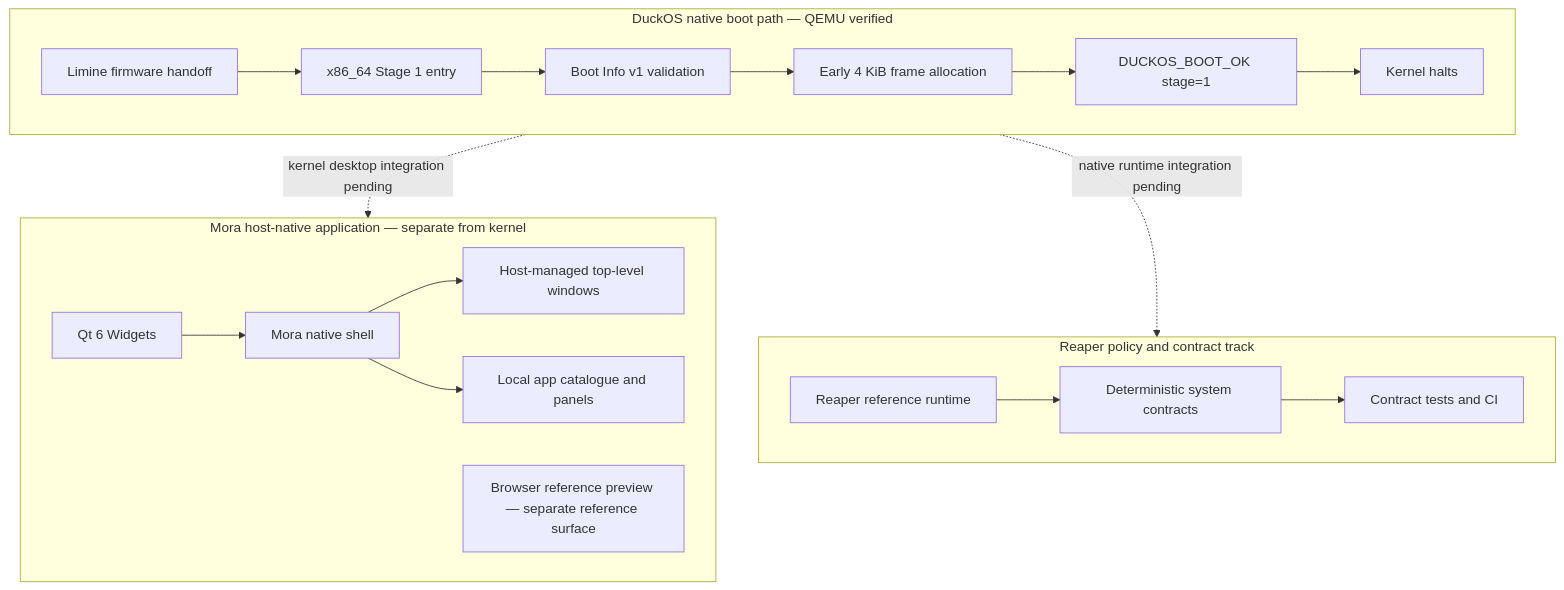
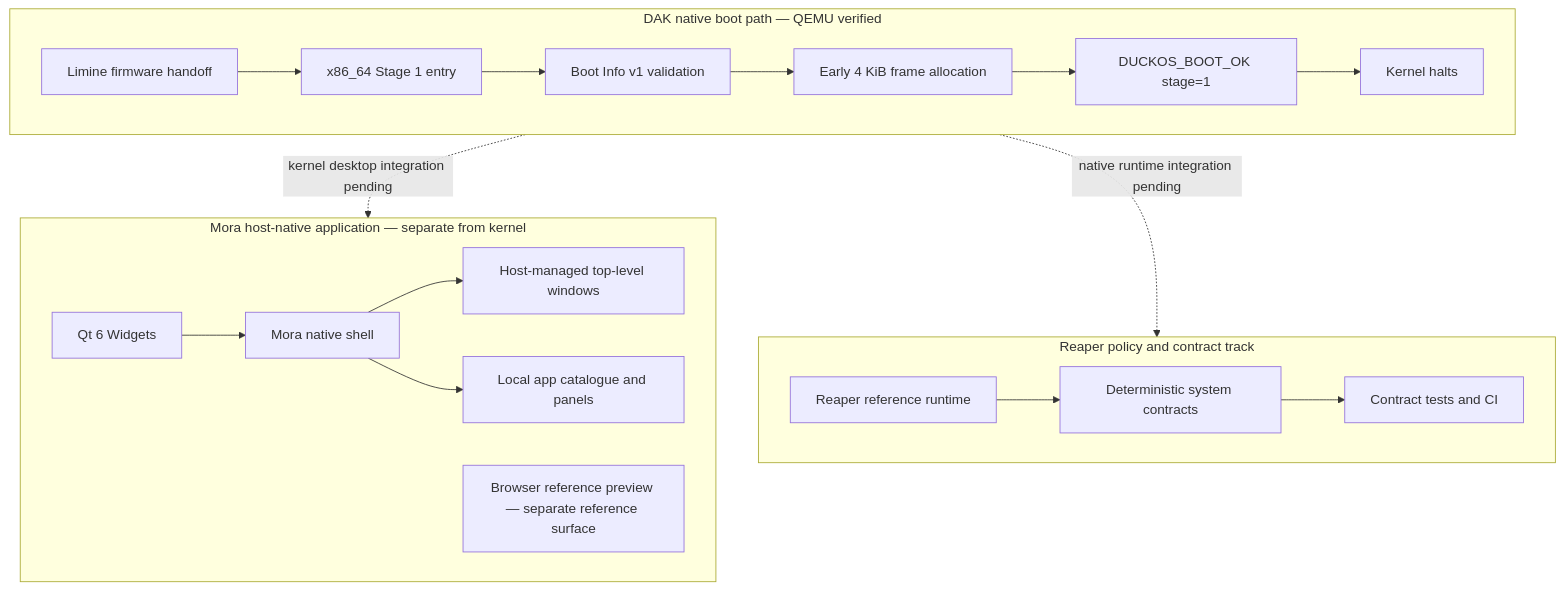
One commit to Ivan-VHS/DAK changed the diagram in README.md. Above: the diagram before and after it, drawn with Mermaid. The commit also changed other lines of this file, not shown here.

Commit message:
docs: link the DAK project maturity ladder

````diff
--- a/README.md
+++ b/README.md
@@ -26,25 +26,25 @@
 ```mermaid
 flowchart TB
-  subgraph BOOT["DuckOS native boot path — QEMU verified"]
+  subgraph BOOT["DAK native boot path — QEMU verified"]
     L["Limine firmware handoff"] --> B["x86_64 Stage 1 entry"]
     B --> V["Boot Info v1 validation"]
     V --> F["Early 4 KiB frame allocation"]
     F --> M["DUCKOS_BOOT_OK stage=1"]
     M --> H["Kernel halts"]
   end
 
   subgraph POLICY["Reaper policy and contract track"]
     R["Reaper reference runtime"] --> C["Deterministic system contracts"]
     C --> T["Contract tests and CI"]
   end
 
   subgraph HOST["Mora host-native application — separate from kernel"]
     Q["Qt 6 Widgets"] --> S["Mora native shell"]
     S --> A["Host-managed top-level windows"]
     S --> P["Local app catalogue and panels"]
     W["Browser reference preview — separate reference surface"]
   end
 
   BOOT -.->|kernel desktop integration pending| HOST
   BOOT -.->|native runtime integration pending| POLICY
 ```
````
